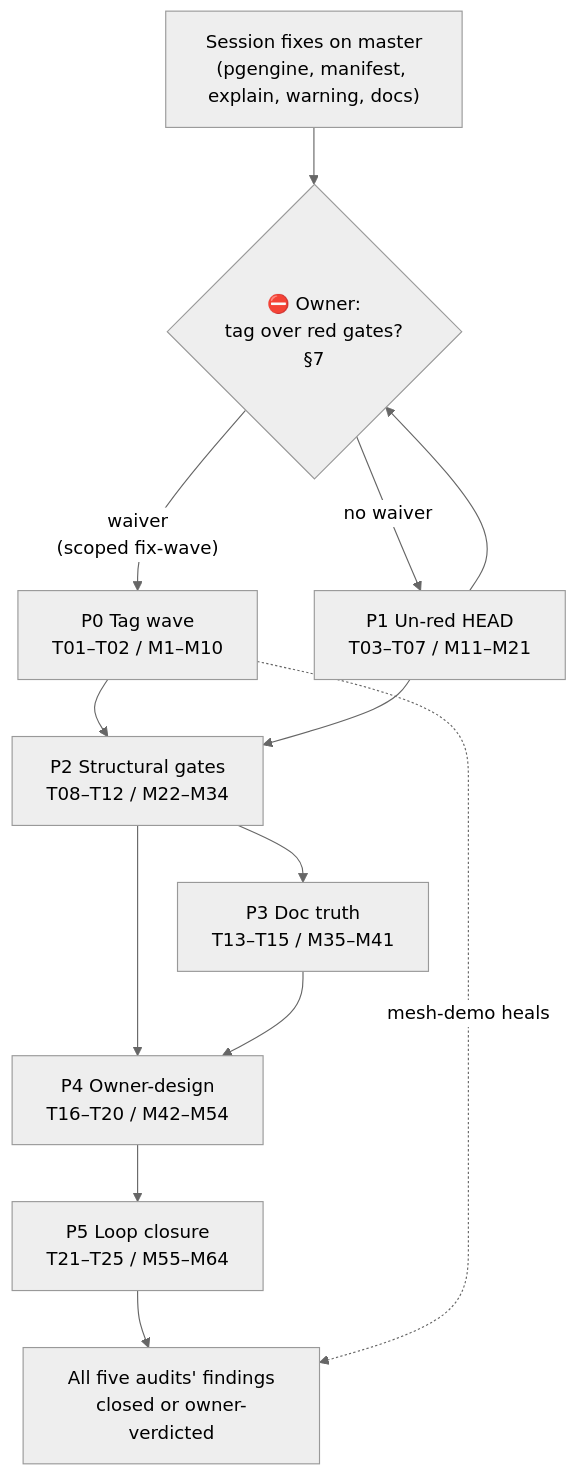
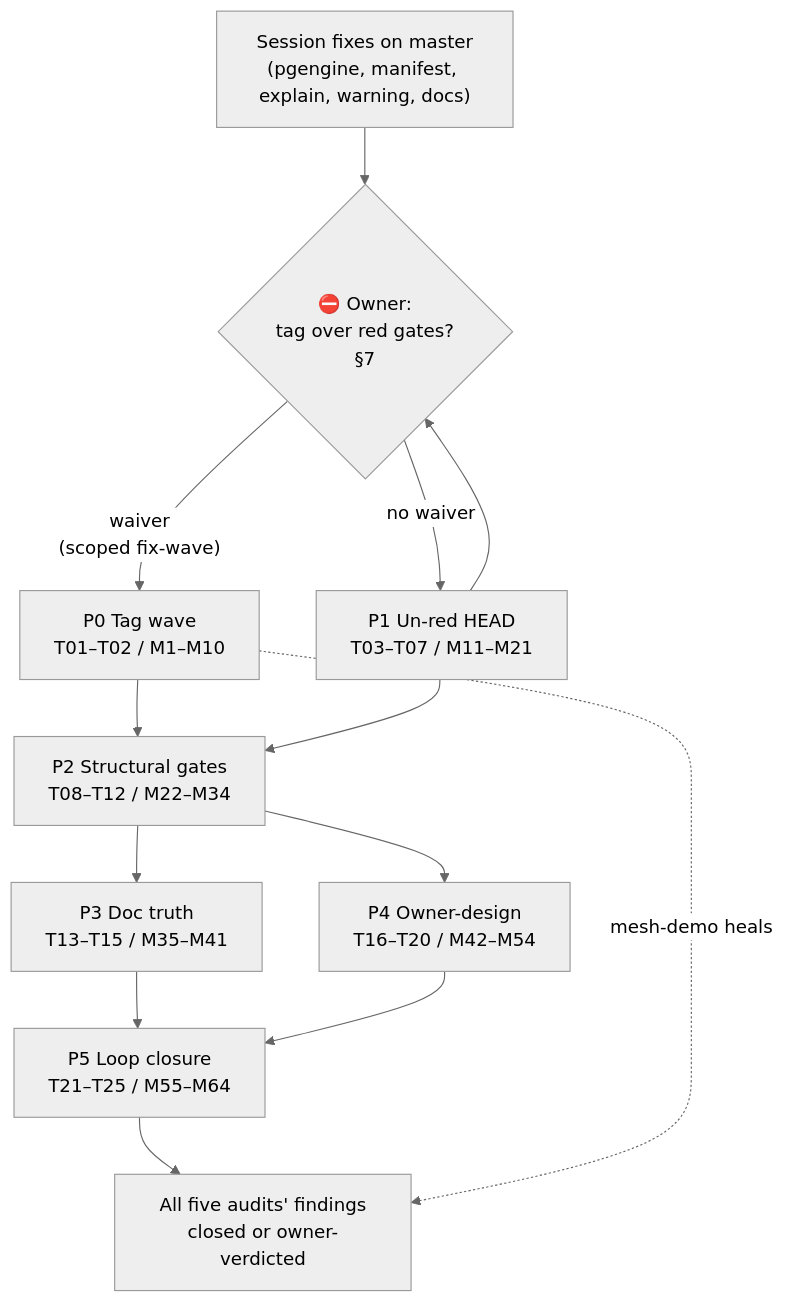
Before and after one commit to LarsArtmann/go-cqrs-lite: the diagram in docs/planning/2026-10-24_19-40_SUPERB-fleet-audit-followup-pareto-plan.md, drawn with Mermaid (neutral theme). The commit also changed other lines of this file and 3 other files, not shown here.

````diff
--- a/docs/planning/2026-10-24_19-40_SUPERB-fleet-audit-followup-pareto-plan.md
+++ b/docs/planning/2026-10-24_19-40_SUPERB-fleet-audit-followup-pareto-plan.md
@@ -225,15 +234,15 @@
 ```mermaid
 flowchart TD
     FIXES["Session fixes on master<br/>(pgengine, manifest, explain, warning, docs)"] --> GATE0{⛔ Owner:<br/>tag over red gates?<br/>§7}
     GATE0 -- "waiver<br/>(scoped fix-wave)" --> P0["P0 Tag wave<br/>T01–T02 / M1–M10"]
     GATE0 -- "no waiver" --> P1
     P1["P1 Un-red HEAD<br/>T03–T07 / M11–M21"] --> GATE0
     P0 --> P2["P2 Structural gates<br/>T08–T12 / M22–M34"]
     P1 --> P2
     P2 --> P3["P3 Doc truth<br/>T13–T15 / M35–M41"]
     P2 --> P4["P4 Owner-design<br/>T16–T20 / M42–M54"]
-    P3 --> P4
+    P3 --> P5
     P4 --> P5["P5 Loop closure<br/>T21–T25 / M55–M64"]
     P5 --> DONE["All five audits' findings<br/>closed or owner-verdicted"]
     P0 -. "mesh-demo heals" .-> DONE
 ```
````
